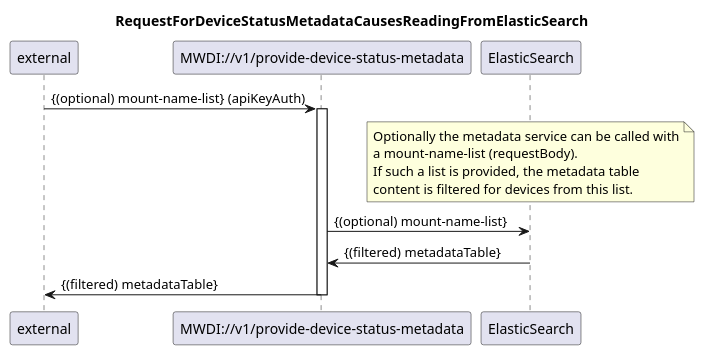
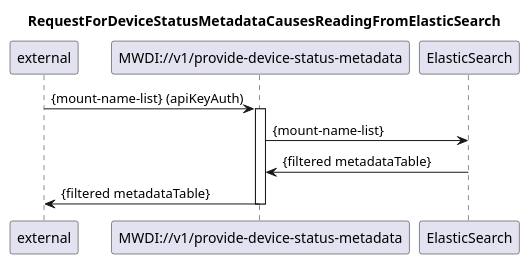
One commit to openBackhaul/MicroWaveDeviceInventory changed the diagram in spec/diagrams/108_ProvideDeviceMetadataTable.plantuml. Above: the diagram before and after it, drawn with PlantUML. The commit also changed 4 other files, not shown here.

Commit message:
Make device list input of metadata service mandatory

```diff
--- a/spec/diagrams/108_ProvideDeviceMetadataTable.plantuml
+++ b/spec/diagrams/108_ProvideDeviceMetadataTable.plantuml
@@ -1,26 +1,19 @@
 @startuml 108_ProvideDeviceMetadataTable
 skinparam responseMessageBelowArrow true
 
 title RequestForDeviceStatusMetadataCausesReadingFromElasticSearch
 
 participant "external" as requestor
 participant "MWDI://v1/provide-device-status-metadata" as data
 participant "ElasticSearch" as es
 
-requestor -> data: {(optional) mount-name-list} (apiKeyAuth)
+requestor -> data: {mount-name-list} (apiKeyAuth)
 activate data
 
-note over es
-  Optionally the metadata service can be called with
-  a mount-name-list (requestBody).
-  If such a list is provided, the metadata table
-  content is filtered for devices from this list.
-end note
+data -> es: {mount-name-list}
+es -> data: {filtered metadataTable}
 
-data -> es: {(optional) mount-name-list}
-es -> data: {(filtered) metadataTable}
-
-data -> requestor: {(filtered) metadataTable}
+data -> requestor: {filtered metadataTable}
 deactivate data
 
 @enduml
```
